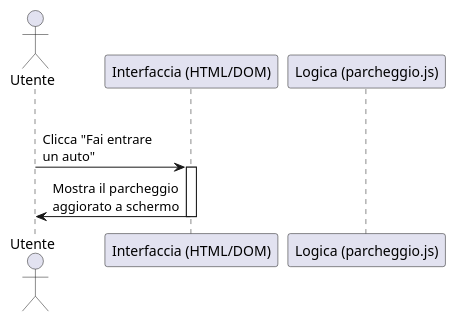
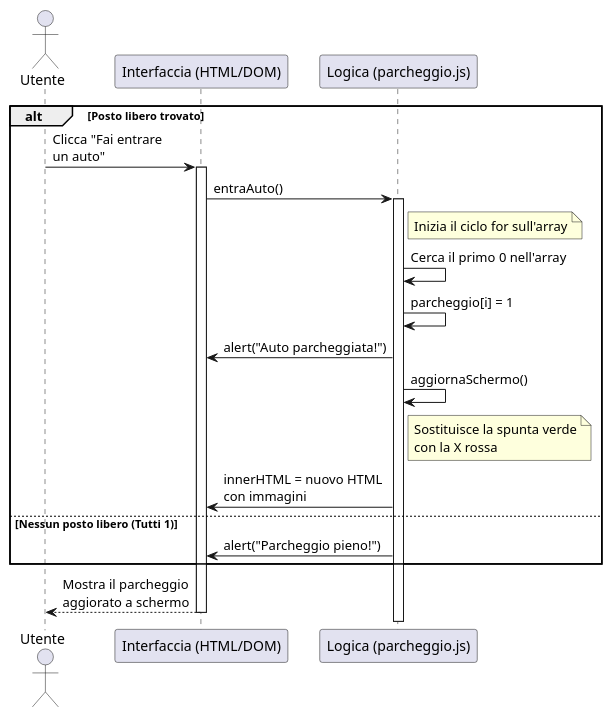
The diagram in TPSI/UML/es_parcheggio/diagrammaDiSequenza.puml (cristiandamico08-jpg/repository_generale), drawn with PlantUML before and after one commit. The commit also changed 2 other files, not shown here.

```diff
--- a/TPSI/UML/es_parcheggio/diagrammaDiSequenza.puml
+++ b/TPSI/UML/es_parcheggio/diagrammaDiSequenza.puml
@@ -1,18 +1,36 @@
 @startuml diagrammaDiSequenza.puml
 
 actor Utente as utente
 
-alt Posto Libero Parcheggio
+alt Posto libero trovato
 
 participant "Interfaccia (HTML/DOM)" as interfaccia
 participant "Logica (parcheggio.js)" as logica
 
 utente -> interfaccia : Clicca "Fai entrare\nun auto"
 activate interfaccia
 
+interfaccia -> logica : entraAuto()
+activate logica
 
+note right of logica : Inizia il ciclo for sull'array
+logica -> logica : Cerca il primo 0 nell'array
 
-interfaccia -> utente : Mostra il parcheggio\naggiorato a schermo
+logica -> logica : parcheggio[i] = 1
+logica -> interfaccia : alert("Auto parcheggiata!")
+logica -> logica : aggiornaSchermo()
+
+note right of logica : Sostituisce la spunta verde\ncon la X rossa
+
+logica -> interfaccia : innerHTML = nuovo HTML\ncon immagini
+
+else Nessun posto libero (Tutti 1)
+
+logica -> interfaccia : alert("Parcheggio pieno!")
+
+end
+
+interfaccia --> utente : Mostra il parcheggio\naggiorato a schermo
 deactivate interfaccia
 
 @enduml
```
